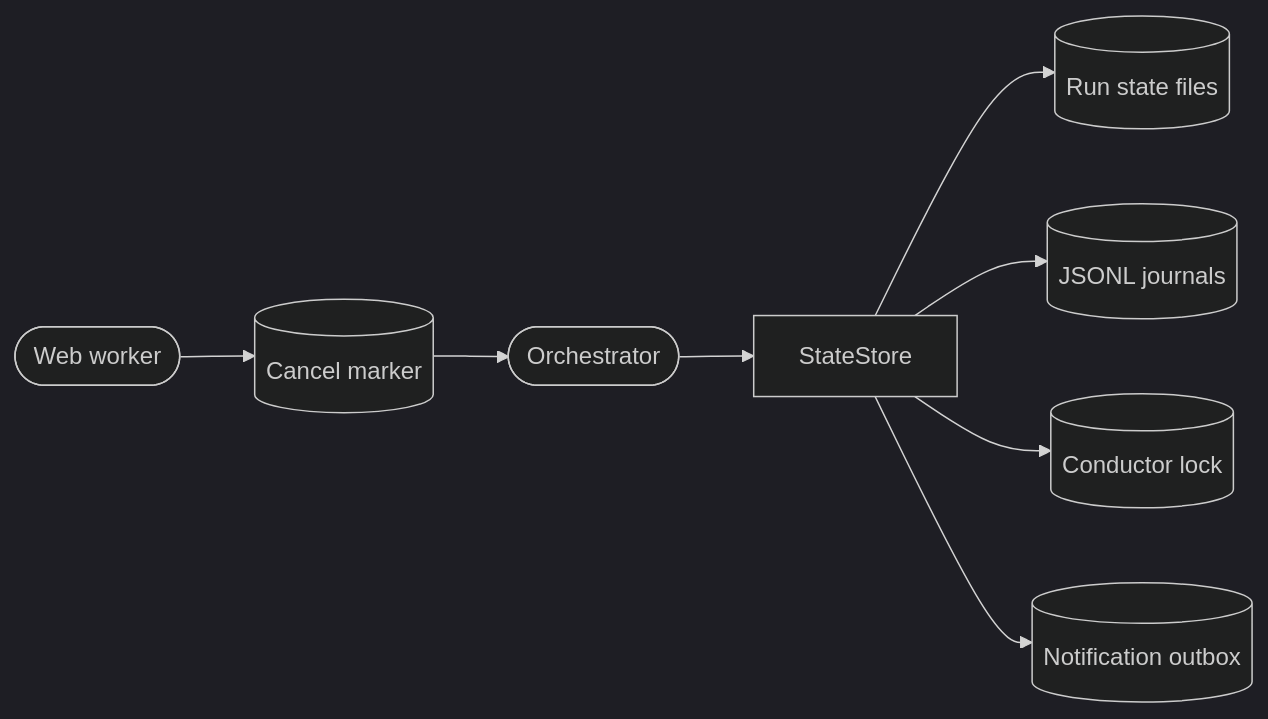
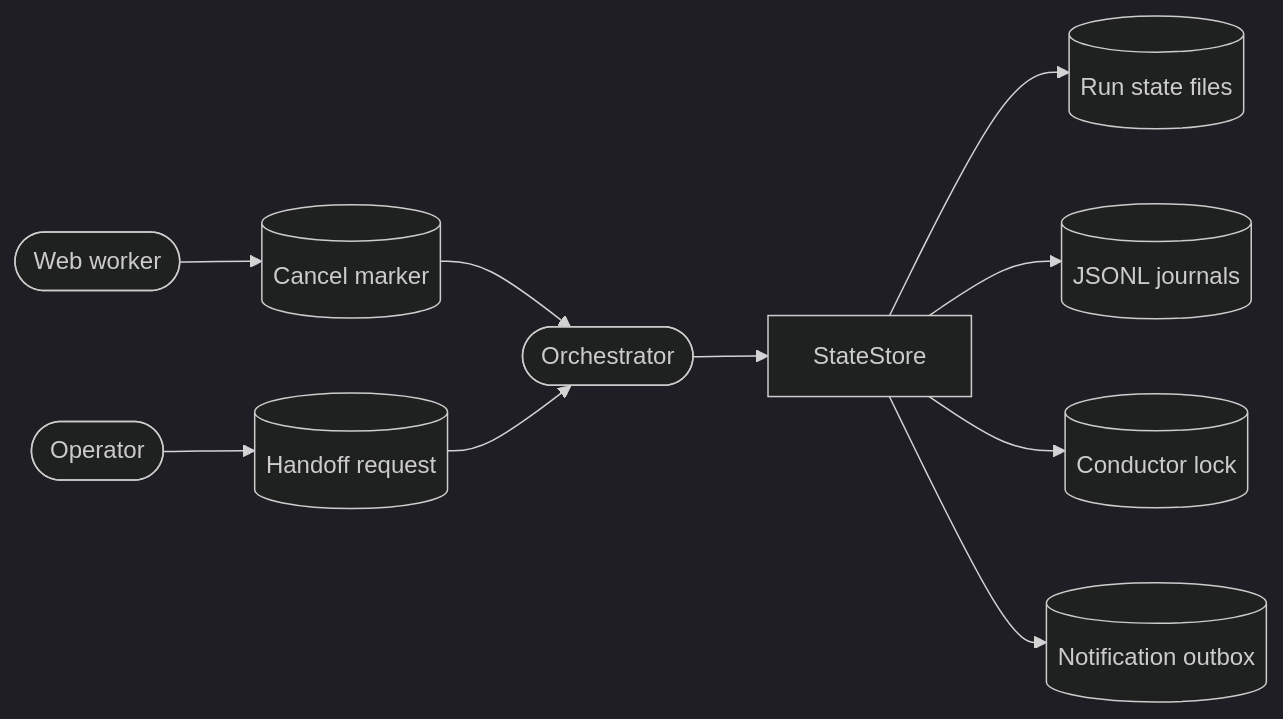
One commit to DDP-Engineering/AgenticDeliveryOrchestratorRuntimeEngine changed the diagram in .agentic/knowledge/state-store.md. Above: the diagram before and after it, drawn with Mermaid (dark theme). The commit also changed other lines of this file and 50 other files, not shown here.

````diff
--- a/.agentic/knowledge/state-store.md
+++ b/.agentic/knowledge/state-store.md
@@ -49,10 +54,12 @@
 ```mermaid
 flowchart LR
     conductor([Orchestrator]) --> store[StateStore]
     worker([Web worker]) --> marker[(Cancel marker)]
+    operator([Operator]) --> handoff[(Handoff request)]
     store --> runs[(Run state files)]
     store --> journal[(JSONL journals)]
     store --> lock[(Conductor lock)]
     store --> outbox[(Notification outbox)]
     marker --> conductor
+    handoff --> conductor
 ```
````
